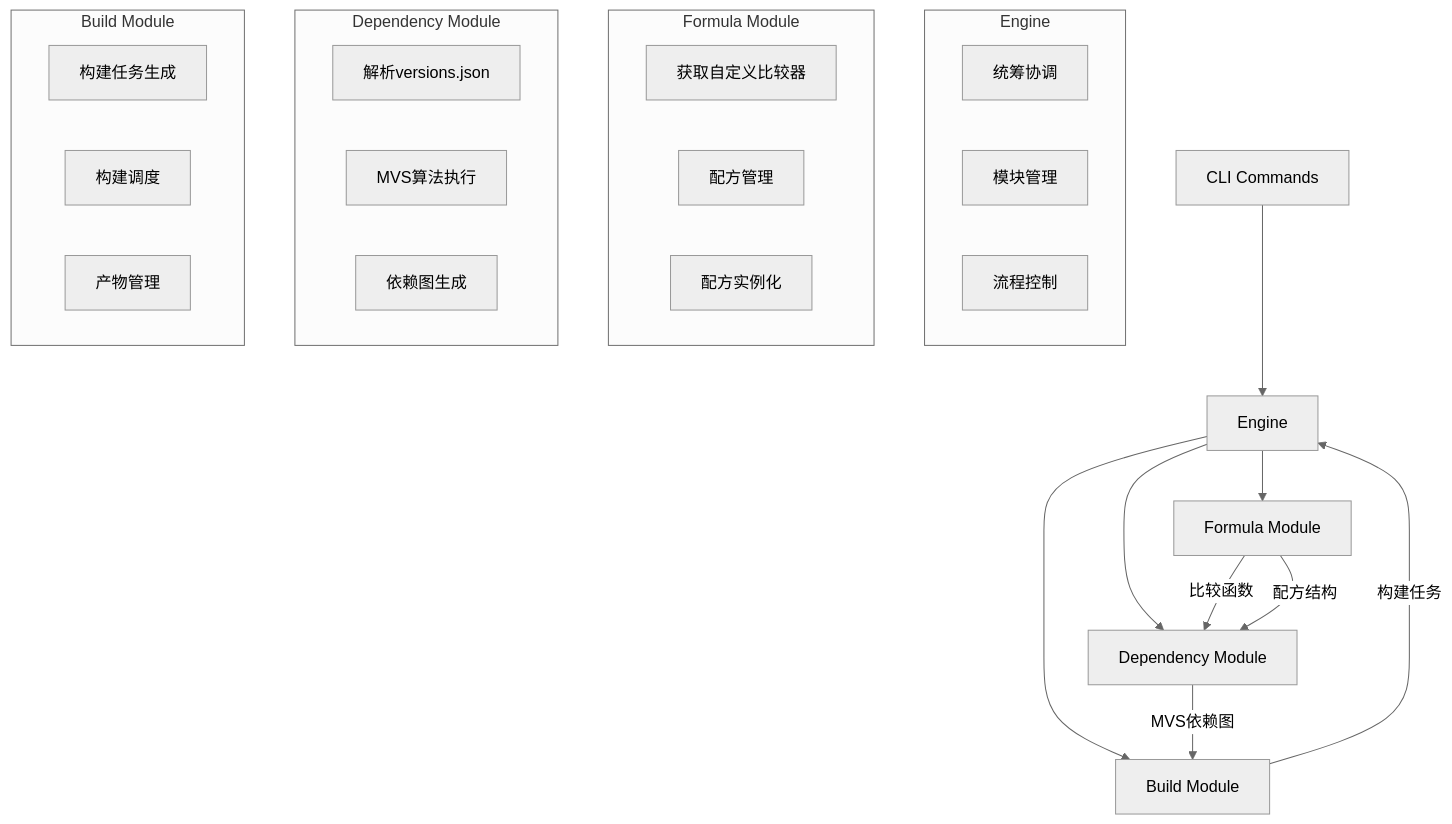
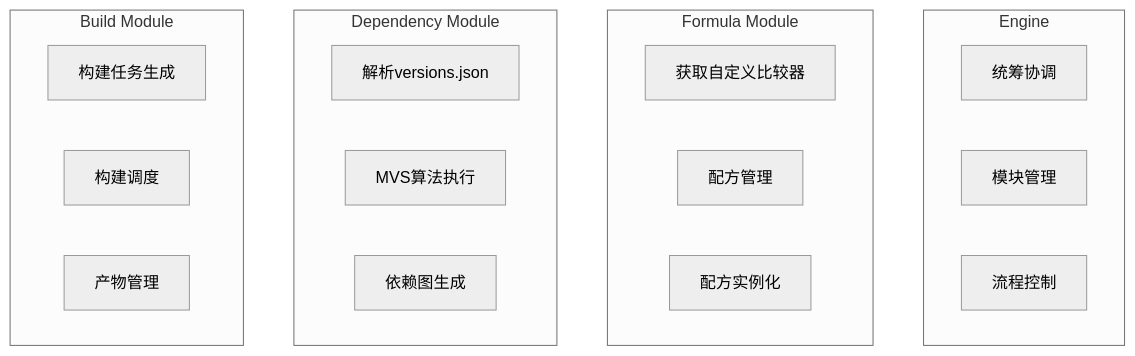
Before and after one commit to goplus/llar: the second of 13 diagrams in docs/technical-design-complete.md, drawn with Mermaid (neutral theme). The commit also changed other lines of this file and 2 other files, not shown here.

````diff
--- a/docs/technical-design-complete.md
+++ b/docs/technical-design-complete.md
@@ -9,37 +23,26 @@
 ```mermaid
 graph TD
-A[CLI Commands] --> E[Engine]
-
-E --> F[Formula Module]
-E --> D[Dependency Module]
-E --> B[Build Module]
-
-F --> |比较函数| D
-F --> |配方结构| D
-D --> |MVS依赖图| B
-B --> |构建任务| E
-
 subgraph "Engine"
     E1[统筹协调]
     E2[模块管理]
     E3[流程控制]
 end
 
 subgraph "Formula Module"
     F1[获取自定义比较器]
     F2[配方管理]
     F3[配方实例化]
 end
 
 subgraph "Dependency Module"
     D1[解析versions.json]
     D2[MVS算法执行]
     D3[依赖图生成]
 end
 
 subgraph "Build Module"
     B1[构建任务生成]
     B2[构建调度]
     B3[产物管理]
 end
 ```
````
